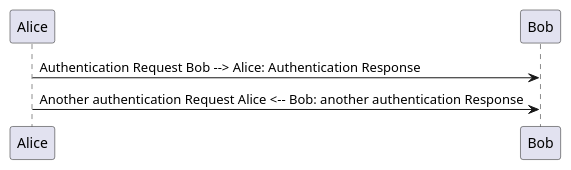
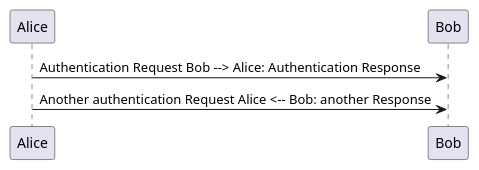
The first of 2 diagrams in diagram-generator/README.md (pandoc/lua-filters), drawn with PlantUML before and after one commit. The commit also changed other lines of this file, not shown here.

````diff
--- a/diagram-generator/README.md
+++ b/diagram-generator/README.md
@@ -36,6 +38,6 @@
 ```{.plantuml caption="This is an image, created by **PlantUML**."}
 @startuml
 Alice -> Bob: Authentication Request Bob --> Alice: Authentication Response
-Alice -> Bob: Another authentication Request Alice <-- Bob: another authentication Response
+Alice -> Bob: Another authentication Request Alice <-- Bob: another Response
 @enduml
 ```
````
